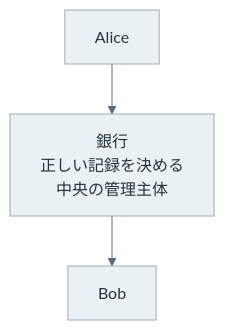
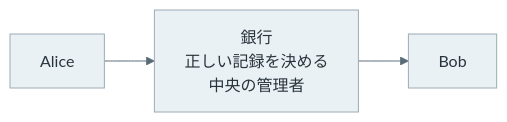
The second of 3 diagrams in content/notes/blockchain-systems/blockchain-basics/index.md (nao1215/debimate), drawn with Mermaid before and after one commit. The commit also changed other lines of this file and 32 other files, not shown here.

````diff
--- a/content/notes/blockchain-systems/blockchain-basics/index.md
+++ b/content/notes/blockchain-systems/blockchain-basics/index.md
@@ -45,7 +45,7 @@
 ```mermaid
 %%{init: {"theme":"base","themeVariables":{"primaryColor":"#eaf1f5","primaryTextColor":"#28343b","primaryBorderColor":"#9cabb5","lineColor":"#596b76","textColor":"#28343b","actorBkg":"#eaf1f5","actorBorder":"#9cabb5","actorTextColor":"#28343b","actorLineColor":"#9cabb5","signalColor":"#596b76","signalTextColor":"#28343b","noteBkgColor":"#f7f1e5","noteBorderColor":"#c5b99b","noteTextColor":"#403c32","activationBkgColor":"#edf3ef","activationBorderColor":"#9aafa1"}}}%%
-flowchart TD
-    A["Alice"] --> BK["銀行<br/>正しい記録を決める<br/>中央の管理主体"]
+flowchart LR
+    A["Alice"] --> BK["銀行<br/>正しい記録を決める<br/>中央の管理者"]
     BK --> B["Bob"]
     classDef default fill:#eaf1f5,stroke:#9cabb5,color:#28343b;
 ```
````
